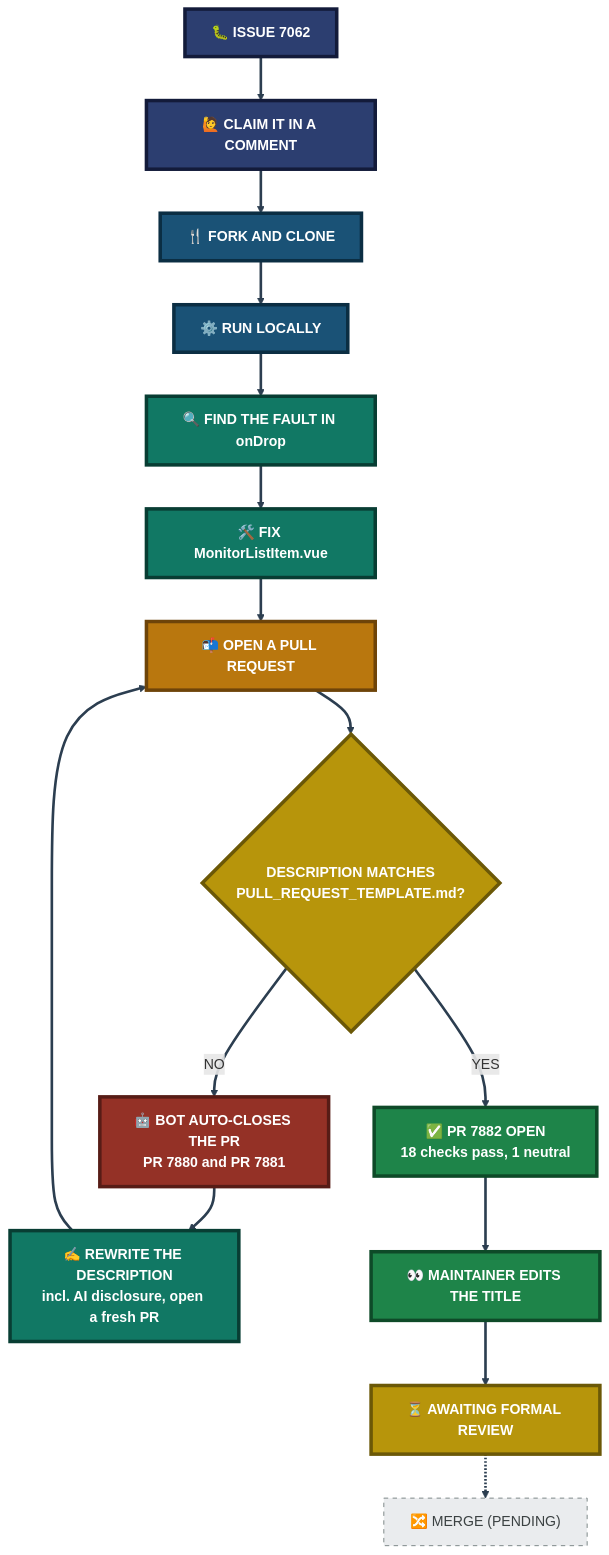
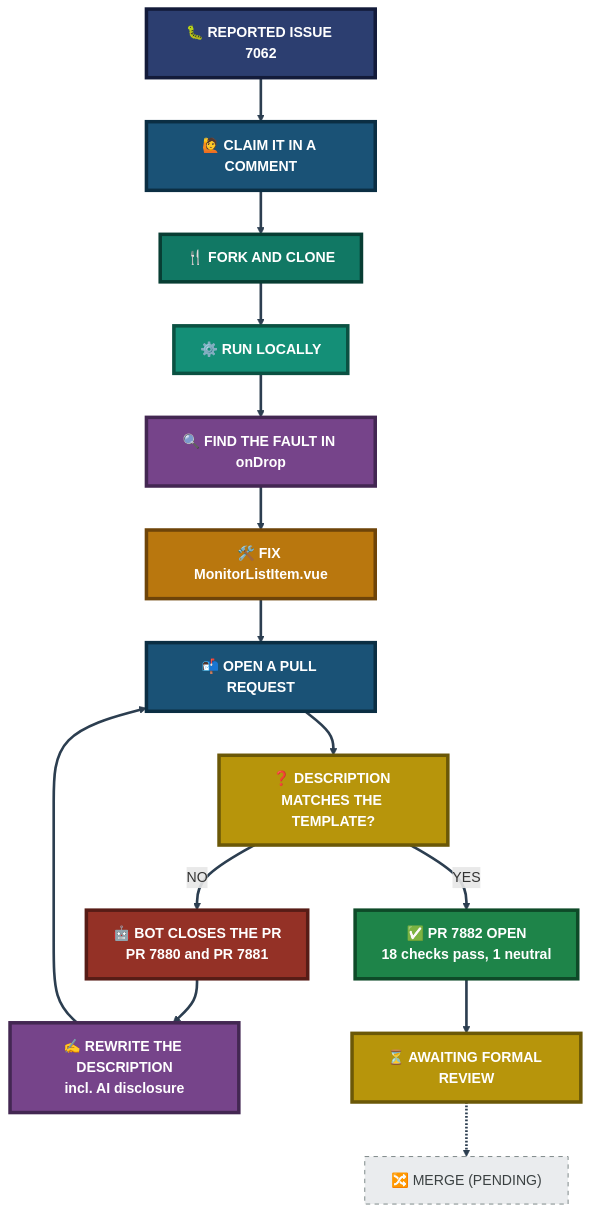
One commit to malaika-azhar/Real-World-Tier2-Support-Projects changed the fourth of 4 diagrams in project-4-uptime-kuma-open-source-contribution/README.md. Above: the diagram before and after it, drawn with Mermaid. The commit also changed other lines of this file, not shown here.

````diff
--- a/project-4-uptime-kuma-open-source-contribution/README.md
+++ b/project-4-uptime-kuma-open-source-contribution/README.md
@@ -415,28 +580,40 @@
 ```mermaid
 flowchart TB
-    A["🐛 ISSUE 7062"]:::a --> B["🙋 CLAIM IT IN A COMMENT"]:::a
-    B --> C["🍴 FORK AND CLONE"]:::b
-    C --> D["⚙️ RUN LOCALLY"]:::b
-    D --> E["🔍 FIND THE FAULT IN onDrop"]:::c
-    E --> F["🛠️ FIX MonitorListItem.vue"]:::c
-    F --> G["📬 OPEN A PULL REQUEST"]:::d
-    G --> H{"DESCRIPTION MATCHES<br/>PULL_REQUEST_TEMPLATE.md?"}:::q
-    H -->|NO| I["🤖 BOT AUTO-CLOSES THE PR<br/>PR 7880 and PR 7881"]:::bad
-    I --> J["✍️ REWRITE THE DESCRIPTION<br/>incl. AI disclosure, open a fresh PR"]:::c
-    J --> G
-    H -->|YES| K["✅ PR 7882 OPEN<br/>18 checks pass, 1 neutral"]:::ok
-    K --> L["👀 MAINTAINER EDITS THE TITLE"]:::ok
-    L --> M["⏳ AWAITING FORMAL REVIEW"]:::wait
-    M -.-> N["🔀 MERGE (PENDING)"]:::pending
+    Iss["🐛 REPORTED ISSUE 7062"]:::issClass
+    Claim["🙋 CLAIM IT IN A COMMENT"]:::claimClass
+    Fork["🍴 FORK AND CLONE"]:::forkClass
+    Run["⚙️ RUN LOCALLY"]:::runClass
+    Find["🔍 FIND THE FAULT IN onDrop"]:::findClass
+    Fix["🛠️ FIX MonitorListItem.vue"]:::fixClass
+    Open["📬 OPEN A PULL REQUEST"]:::openClass
+    Tmpl["❓ DESCRIPTION MATCHES THE TEMPLATE?"]:::tmplClass
+    Bot["🤖 BOT CLOSES THE PR<br/>PR 7880 and PR 7881"]:::botClass
+    Redo["✍️ REWRITE THE DESCRIPTION<br/>incl. AI disclosure"]:::redoClass
+    Live["✅ PR 7882 OPEN<br/>18 checks pass, 1 neutral"]:::liveClass
+    Rev["⏳ AWAITING FORMAL REVIEW"]:::revClass
+    Merge["🔀 MERGE (PENDING)"]:::mergeClass
 
-    classDef a fill:#2C3E70,stroke:#131B3A,stroke-width:4px,color:#FFFFFF,font-weight:bold
-    classDef b fill:#1A5276,stroke:#0B2E43,stroke-width:4px,color:#FFFFFF,font-weight:bold
-    classDef c fill:#117864,stroke:#083D33,stroke-width:4px,color:#FFFFFF,font-weight:bold
-    classDef d fill:#B9770E,stroke:#6E4409,stroke-width:4px,color:#FFFFFF,font-weight:bold
-    classDef q fill:#B7950B,stroke:#6B5807,stroke-width:4px,color:#FFFFFF,font-weight:bold
-    classDef bad fill:#943126,stroke:#571C16,stroke-width:4px,color:#FFFFFF,font-weight:bold
-    classDef ok fill:#1E8449,stroke:#0E4A28,stroke-width:4px,color:#FFFFFF,font-weight:bold
-    classDef wait fill:#B7950B,stroke:#6B5807,stroke-width:4px,color:#FFFFFF,font-weight:bold
-    classDef pending fill:#EAECEE,stroke:#707B7C,color:#3B4142,stroke-dasharray: 5 5
+    Iss --> Claim --> Fork --> Run --> Find --> Fix --> Open --> Tmpl
+    Tmpl -->|NO| Bot
+    Bot --> Redo
+    Redo --> Open
+    Tmpl -->|YES| Live
+    Live --> Rev
+    Rev -.-> Merge
+
+    classDef issClass fill:#2C3E70,stroke:#131B3A,stroke-width:4px,color:#FFFFFF,font-weight:bold
+    classDef claimClass fill:#1A5276,stroke:#0B2E43,stroke-width:4px,color:#FFFFFF,font-weight:bold
+    classDef forkClass fill:#117864,stroke:#083D33,stroke-width:4px,color:#FFFFFF,font-weight:bold
+    classDef runClass fill:#148F77,stroke:#0B5142,stroke-width:4px,color:#FFFFFF,font-weight:bold
+    classDef findClass fill:#76448A,stroke:#432752,stroke-width:4px,color:#FFFFFF,font-weight:bold
+    classDef fixClass fill:#B9770E,stroke:#6E4409,stroke-width:4px,color:#FFFFFF,font-weight:bold
+    classDef openClass fill:#1A5276,stroke:#0B2E43,stroke-width:4px,color:#FFFFFF,font-weight:bold
+    classDef tmplClass fill:#B7950B,stroke:#6B5807,stroke-width:4px,color:#FFFFFF,font-weight:bold
+    classDef botClass fill:#943126,stroke:#571C16,stroke-width:4px,color:#FFFFFF,font-weight:bold
+    classDef redoClass fill:#76448A,stroke:#432752,stroke-width:4px,color:#FFFFFF,font-weight:bold
+    classDef liveClass fill:#1E8449,stroke:#0E4A28,stroke-width:4px,color:#FFFFFF,font-weight:bold
+    classDef revClass fill:#B7950B,stroke:#6B5807,stroke-width:4px,color:#FFFFFF,font-weight:bold
+    classDef mergeClass fill:#EAECEE,stroke:#707B7C,color:#3B4142,stroke-dasharray: 5 5
+
     linkStyle default stroke:#2C3E50,stroke-width:3px
 ```
````
